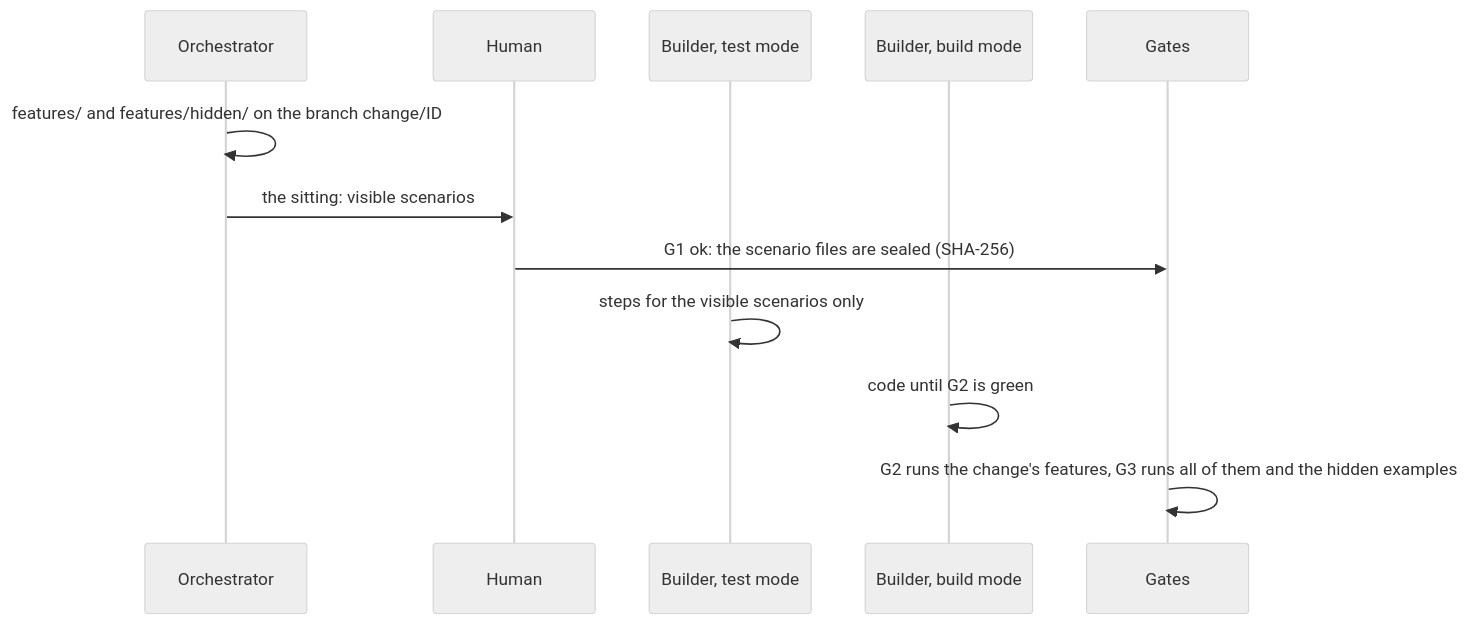
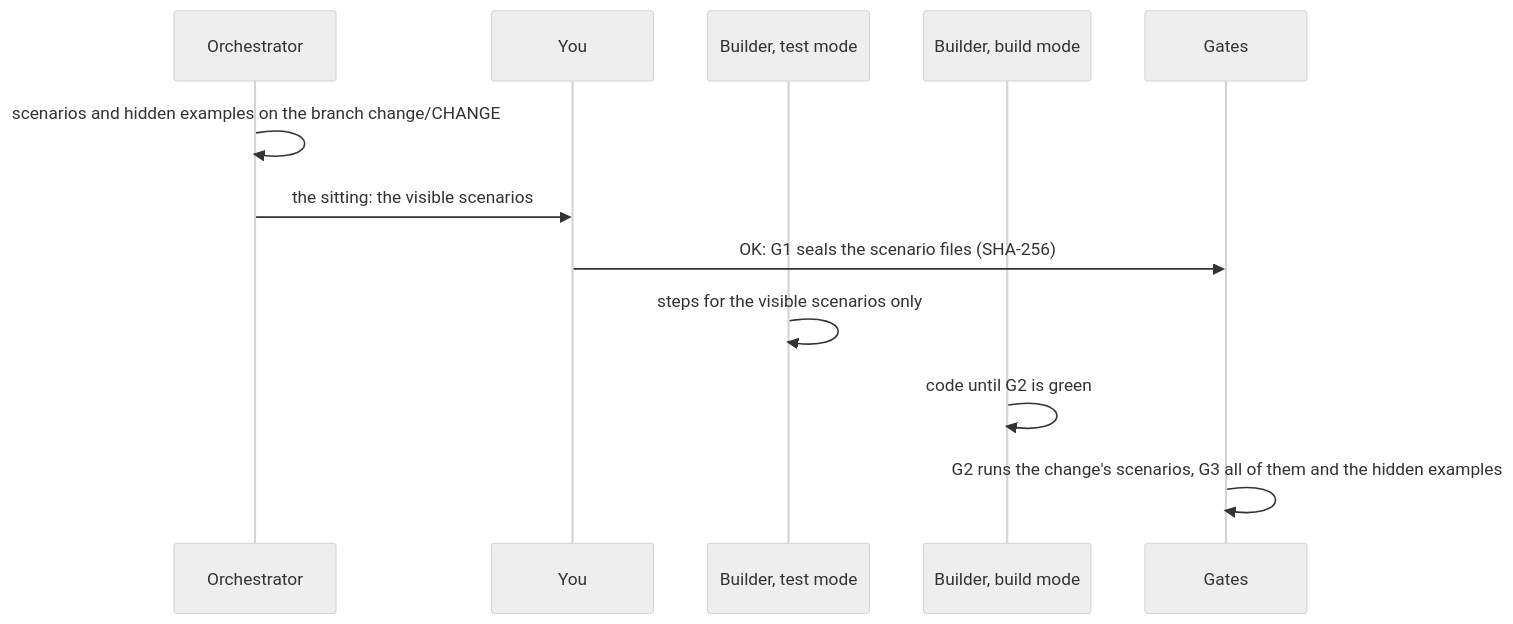
One commit to MarsGotta/gdd changed the diagram in docs/how-to/write-scenarios.md. Above: the diagram before and after it, drawn with Mermaid (neutral theme). The commit also changed other lines of this file and 210 other files, not shown here.

````diff
--- a/docs/how-to/write-scenarios.md
+++ b/docs/how-to/write-scenarios.md
@@ -22,14 +27,14 @@
 ```mermaid
 sequenceDiagram
     participant O as Orchestrator
-    participant H as Human
+    participant H as You
     participant T as Builder, test mode
     participant B as Builder, build mode
     participant G as Gates
-    O->>O: features/ and features/hidden/ on the branch change/ID
-    O->>H: the sitting: visible scenarios
-    H->>G: G1 ok: the scenario files are sealed (SHA-256)
+    O->>O: scenarios and hidden examples on the branch change/CHANGE
+    O->>H: the sitting: the visible scenarios
+    H->>G: OK: G1 seals the scenario files (SHA-256)
     T->>T: steps for the visible scenarios only
     B->>B: code until G2 is green
-    G->>G: G2 runs the change's features, G3 runs all of them and the hidden examples
+    G->>G: G2 runs the change's scenarios, G3 all of them and the hidden examples
 ```
````
